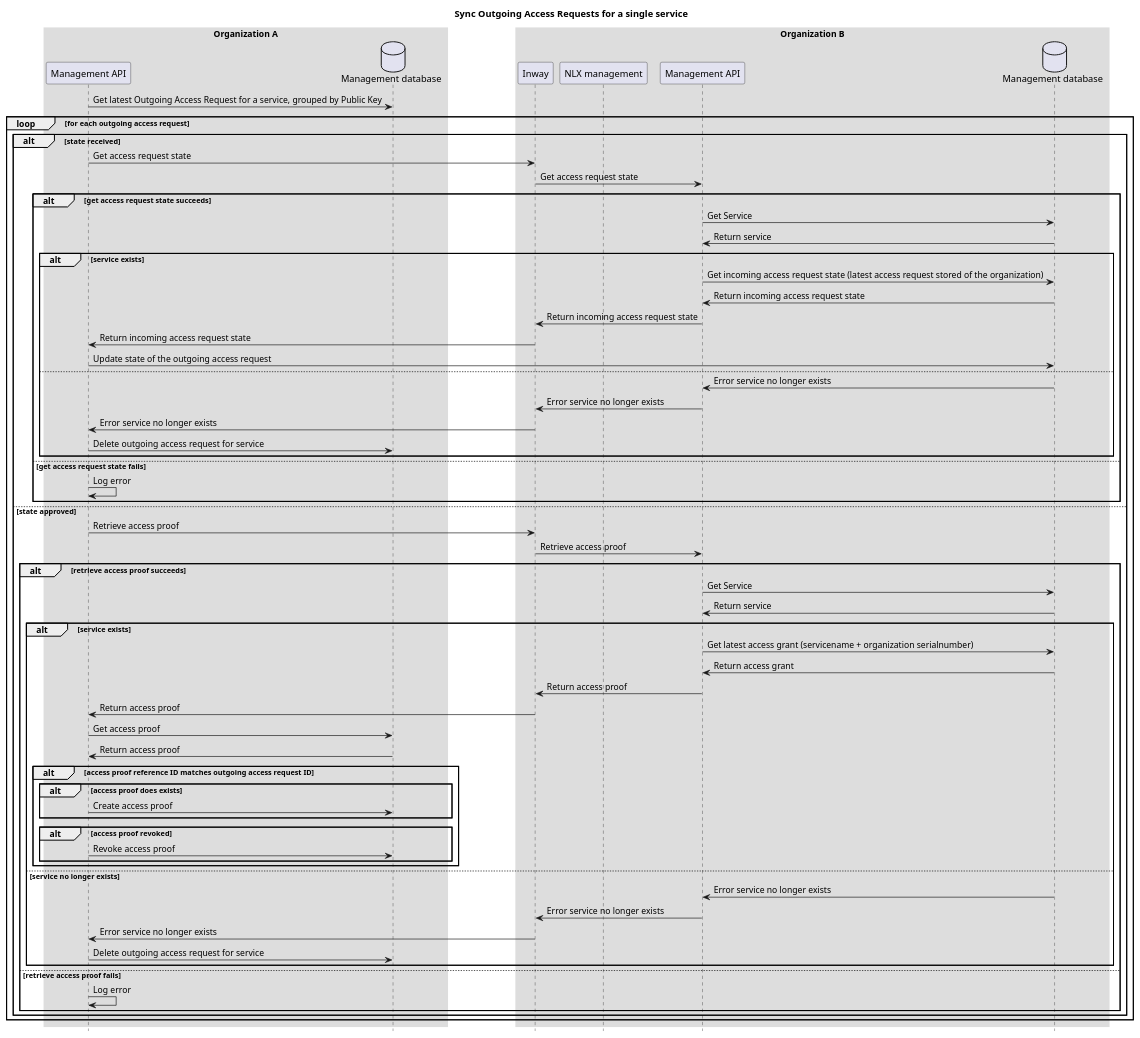
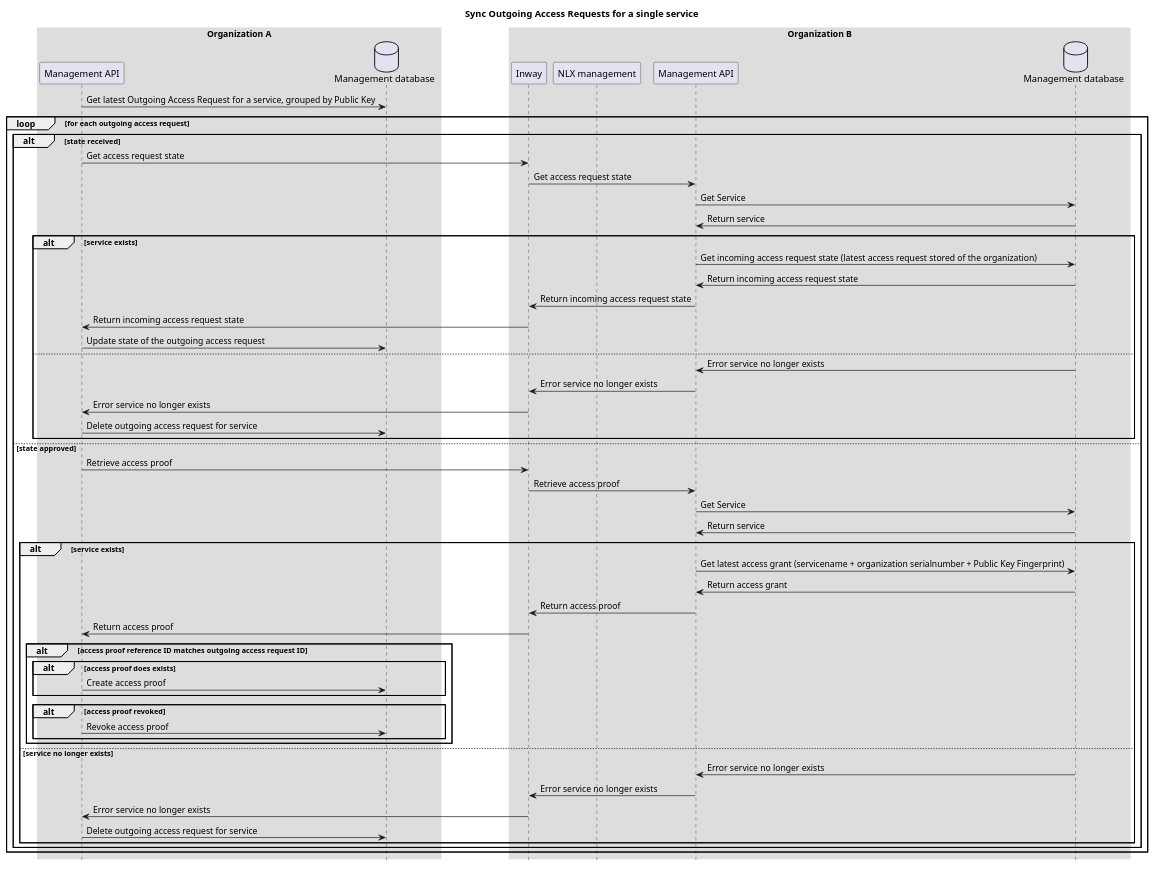
One commit to VNG-Realisatie/nlx changed the diagram in technical-docs/sequence-diagrams/access-request-synchronization-single-service.puml. Above: the diagram before and after it, drawn with PlantUML. The commit also changed 3 other files, not shown here.

First line of the commit message:
docs(management): update sequence diagrams for Outgoing Access Request synchronization

```diff
--- a/technical-docs/sequence-diagrams/access-request-synchronization-single-service.puml
+++ b/technical-docs/sequence-diagrams/access-request-synchronization-single-service.puml
@@ -1,75 +1,65 @@
 @startuml
 title: Sync Outgoing Access Requests for a single service
 
 skinparam sequenceBoxBorderColor #transparent
 skinparam boxPadding 50
 hide footbox
 
 box "Organization A"
 participant "Management API" as managementAPIOrgA
 database "Management database" as managementDatabaseOrgA
 end box
 
 box "Organization B"
 participant "Inway" as inwayOrgB
 participant "NLX management" as managementUIOrgB
 participant "Management API" as managementAPIOrgB
 database "Management database" as managementDatabaseOrgB
 end box
 
 managementAPIOrgA -> managementDatabaseOrgA: Get latest Outgoing Access Request for a service, grouped by Public Key
 loop for each outgoing access request
     alt state received
         managementAPIOrgA -> inwayOrgB: Get access request state
         inwayOrgB -> managementAPIOrgB: Get access request state
-        alt get access request state succeeds
-            managementAPIOrgB -> managementDatabaseOrgB: Get Service
-            managementDatabaseOrgB -> managementAPIOrgB: Return service
-            alt service exists
-                managementAPIOrgB -> managementDatabaseOrgB: Get incoming access request state (latest access request stored of the organization)
-                managementDatabaseOrgB -> managementAPIOrgB: Return incoming access request state
-                managementAPIOrgB -> inwayOrgB: Return incoming access request state
-                inwayOrgB -> managementAPIOrgA: Return incoming access request state
-                managementAPIOrgA -> managementDatabaseOrgB: Update state of the outgoing access request
-            else
-                managementDatabaseOrgB -> managementAPIOrgB: Error service no longer exists
-                managementAPIOrgB -> inwayOrgB: Error service no longer exists
-                inwayOrgB -> managementAPIOrgA: Error service no longer exists
-                managementAPIOrgA -> managementDatabaseOrgA: Delete outgoing access request for service
-            end
-        else get access request state fails
-            managementAPIOrgA -> managementAPIOrgA: Log error
+        managementAPIOrgB -> managementDatabaseOrgB: Get Service
+        managementDatabaseOrgB -> managementAPIOrgB: Return service
+        alt service exists
+            managementAPIOrgB -> managementDatabaseOrgB: Get incoming access request state (latest access request stored of the organization)
+            managementDatabaseOrgB -> managementAPIOrgB: Return incoming access request state
+            managementAPIOrgB -> inwayOrgB: Return incoming access request state
+            inwayOrgB -> managementAPIOrgA: Return incoming access request state
+            managementAPIOrgA -> managementDatabaseOrgA: Update state of the outgoing access request
+        else
+            managementDatabaseOrgB -> managementAPIOrgB: Error service no longer exists
+            managementAPIOrgB -> inwayOrgB: Error service no longer exists
+            inwayOrgB -> managementAPIOrgA: Error service no longer exists
+            managementAPIOrgA -> managementDatabaseOrgA: Delete outgoing access request for service
         end
     else state approved
         managementAPIOrgA -> inwayOrgB: Retrieve access proof
         inwayOrgB -> managementAPIOrgB: Retrieve access proof
-        alt retrieve access proof succeeds
-            managementAPIOrgB -> managementDatabaseOrgB: Get Service
-            managementDatabaseOrgB -> managementAPIOrgB: Return service
-            alt service exists
-                managementAPIOrgB -> managementDatabaseOrgB: Get latest access grant (servicename + organization serialnumber)
-                managementDatabaseOrgB -> managementAPIOrgB: Return access grant
-                managementAPIOrgB -> inwayOrgB: Return access proof
-                inwayOrgB -> managementAPIOrgA: Return access proof
-                managementAPIOrgA -> managementDatabaseOrgA: Get access proof
-                managementDatabaseOrgA -> managementAPIOrgA: Return access proof
-                alt access proof reference ID matches outgoing access request ID
-                    alt access proof does exists
-                        managementAPIOrgA -> managementDatabaseOrgA: Create access proof
-                    end
-                    alt access proof revoked
-                        managementAPIOrgA -> managementDatabaseOrgA: Revoke access proof
-                    end
+        managementAPIOrgB -> managementDatabaseOrgB: Get Service
+        managementDatabaseOrgB -> managementAPIOrgB: Return service
+        alt service exists
+            managementAPIOrgB -> managementDatabaseOrgB: Get latest access grant (servicename + organization serialnumber + Public Key Fingerprint)
+            managementDatabaseOrgB -> managementAPIOrgB: Return access grant
+            managementAPIOrgB -> inwayOrgB: Return access proof
+            inwayOrgB -> managementAPIOrgA: Return access proof
+            alt access proof reference ID matches outgoing access request ID
+                alt access proof does exists
+                    managementAPIOrgA -> managementDatabaseOrgA: Create access proof
                 end
-            else service no longer exists
-                managementDatabaseOrgB -> managementAPIOrgB: Error service no longer exists
-                managementAPIOrgB -> inwayOrgB: Error service no longer exists
-                inwayOrgB -> managementAPIOrgA: Error service no longer exists
-                managementAPIOrgA -> managementDatabaseOrgA: Delete outgoing access request for service
+                alt access proof revoked
+                    managementAPIOrgA -> managementDatabaseOrgA: Revoke access proof
+                end
             end
-        else retrieve access proof fails
-            managementAPIOrgA -> managementAPIOrgA: Log error
+        else service no longer exists
+            managementDatabaseOrgB -> managementAPIOrgB: Error service no longer exists
+            managementAPIOrgB -> inwayOrgB: Error service no longer exists
+            inwayOrgB -> managementAPIOrgA: Error service no longer exists
+            managementAPIOrgA -> managementDatabaseOrgA: Delete outgoing access request for service
         end
     end
 end
 @enduml
```
